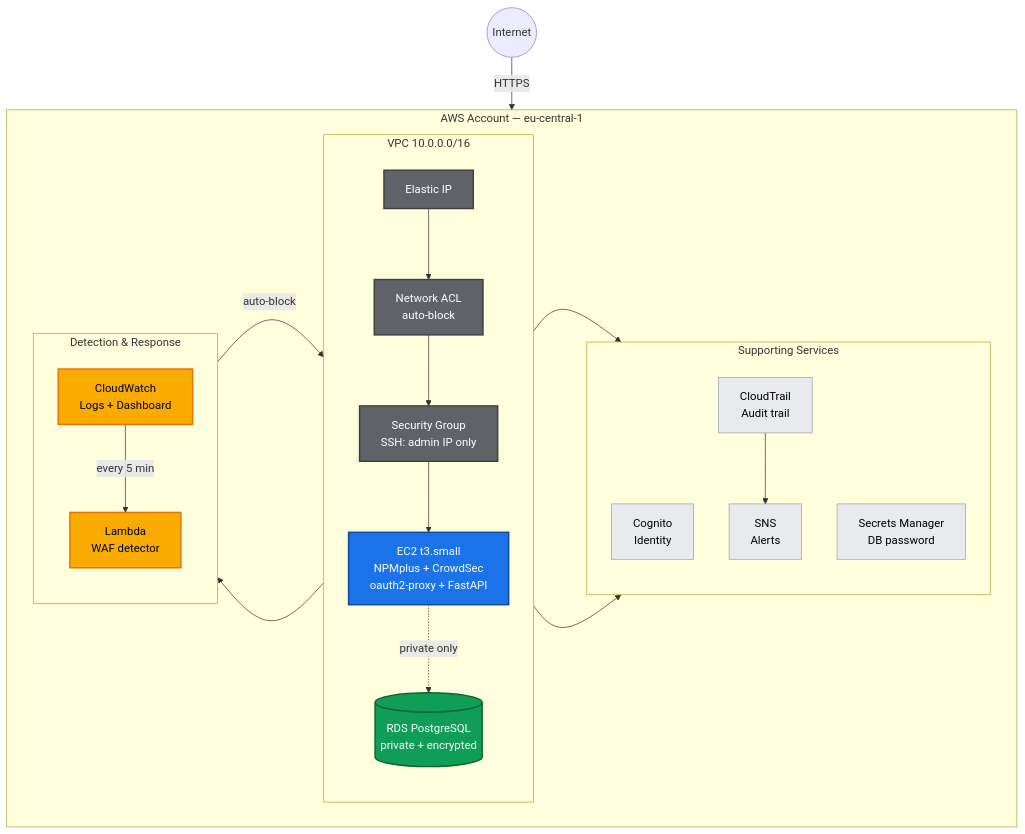
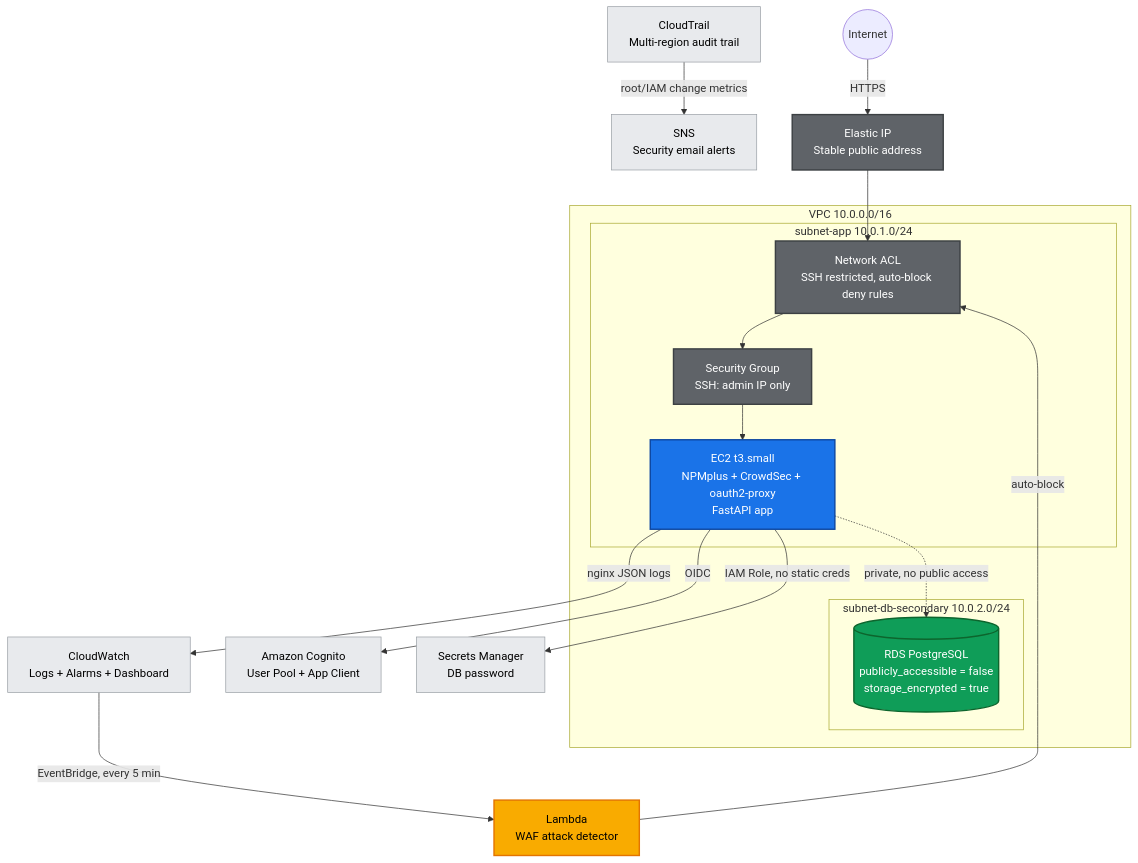
Before and after one commit to VladvonTranssylvanien/learningsteps-lockdown-on-AWS: the diagram in README.md, drawn with Mermaid. The commit also changed other lines of this file and 2 other files, not shown here.

Commit message:
Full README: original diagram layout with classDef colors, detection/geolocation explanation, all comparisons and individual screenshots

````diff
--- a/README.md
+++ b/README.md
@@ -39,52 +40,44 @@
 ```mermaid
-graph TD
+graph TB
     Internet((Internet))
 
-    subgraph AWS["AWS Account — eu-central-1"]
-        direction LR
-
-        subgraph Support["Supporting Services"]
-            direction TB
-            Cognito["Cognito<br/>Identity"]
-            Secrets["Secrets Manager<br/>DB password"]
-            CT["CloudTrail<br/>Audit trail"]
-            SNS["SNS<br/>Alerts"]
+    subgraph VPC["VPC 10.0.0.0/16"]
+        subgraph AppSubnet["subnet-app 10.0.1.0/24"]
+            NACL["Network ACL<br/>SSH restricted, auto-block deny rules"]
+            SG_APP["Security Group<br/>SSH: admin IP only"]
+            EC2["EC2 t3.small<br/>NPMplus + CrowdSec + oauth2-proxy<br/>FastAPI app"]
         end
-
-        subgraph Net["VPC 10.0.0.0/16"]
-            direction TB
-            EIP["Elastic IP"]
-            NACL["Network ACL<br/>auto-block"]
-            SG["Security Group<br/>SSH: admin IP only"]
-            EC2["EC2 t3.small<br/>NPMplus + CrowdSec<br/>oauth2-proxy + FastAPI"]
-            RDS[("RDS PostgreSQL<br/>private + encrypted")]
-        end
-
-        subgraph Detect["Detection & Response"]
-            direction TB
-            CW["CloudWatch<br/>Logs + Dashboard"]
-            Lambda["Lambda<br/>WAF detector"]
+        subgraph DBSubnet["subnet-db-secondary 10.0.2.0/24"]
+            RDS[("RDS PostgreSQL<br/>publicly_accessible = false<br/>storage_encrypted = true")]
         end
     end
 
-    Internet -->|HTTPS| EIP --> NACL --> SG --> EC2
-    EC2 --> Secrets
-    EC2 --> Cognito
-    EC2 --> CW
-    CW -->|every 5 min| Lambda
+    Cognito["Amazon Cognito<br/>User Pool + App Client"]
+    Secrets["Secrets Manager<br/>DB password"]
+    Lambda["Lambda<br/>WAF attack detector"]
+    CW["CloudWatch<br/>Logs + Alarms + Dashboard"]
+    CT["CloudTrail<br/>Multi-region audit trail"]
+    SNS["SNS<br/>Security email alerts"]
+    EIP["Elastic IP<br/>Stable public address"]
+
+    Internet -->|HTTPS| EIP --> NACL --> SG_APP --> EC2
+    EC2 -->|IAM Role, no static creds| Secrets
+    EC2 -->|OIDC| Cognito
+    EC2 -->|nginx JSON logs| CW
+    CW -->|EventBridge, every 5 min| Lambda
     Lambda -->|auto-block| NACL
-    EC2 -.->|private only| RDS
-    CT --> SNS
+    EC2 -.->|private, no public access| RDS
+    CT -->|root/IAM change metrics| SNS
 
     classDef compute fill:#1a73e8,stroke:#0d47a1,color:#ffffff,stroke-width:2px
     classDef data fill:#0f9d58,stroke:#0d652d,color:#ffffff,stroke-width:2px
     classDef detect fill:#f9ab00,stroke:#e37400,color:#000000,stroke-width:2px
     classDef net fill:#5f6368,stroke:#3c4043,color:#ffffff,stroke-width:2px
     classDef support fill:#e8eaed,stroke:#9aa0a6,color:#000000,stroke-width:1px
 
     class EC2 compute
     class RDS data
-    class Lambda,CW detect
-    class EIP,NACL,SG net
-    class Cognito,Secrets,CT,SNS support
+    class Lambda detect
+    class EIP,NACL,SG_APP net
+    class Cognito,Secrets,CW,CT,SNS support
 ```
````
